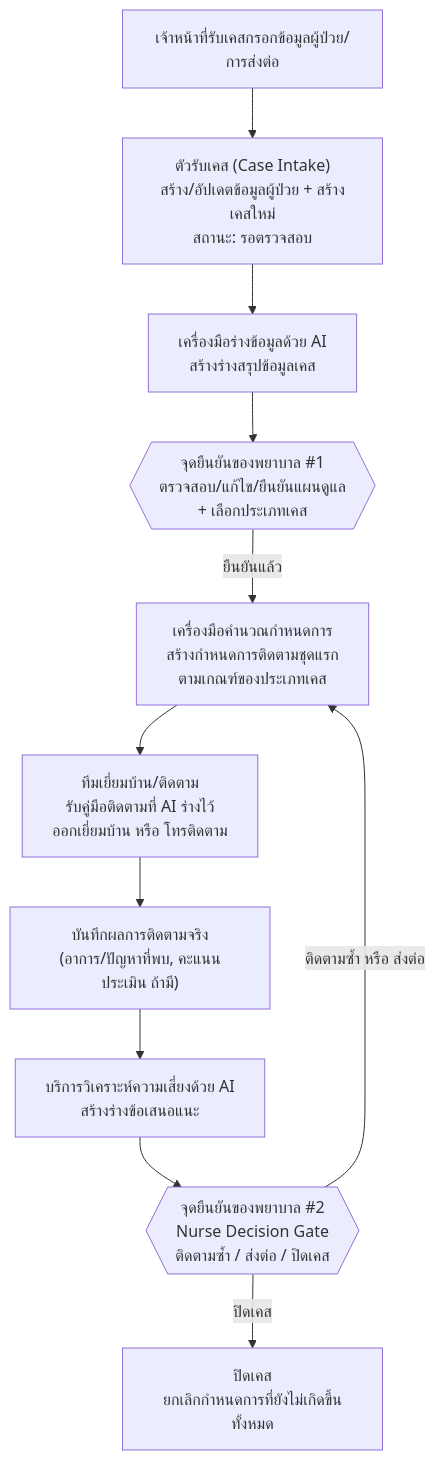
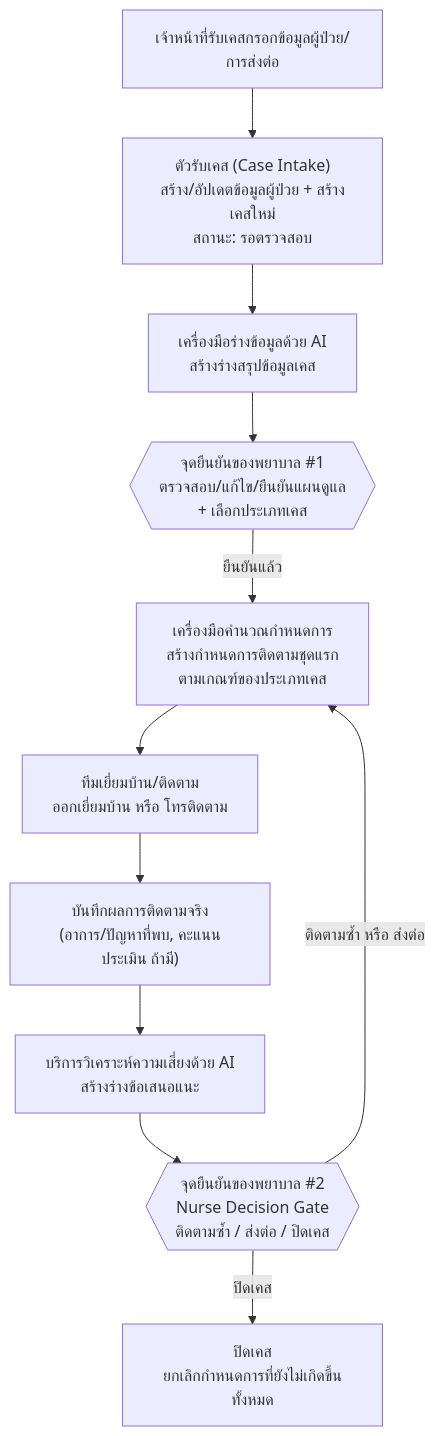
One commit to nutapaos-adt/TripleC changed the second of 3 diagrams in docs/architecture/ARCHITECTURE.md. Above: the diagram before and after it, drawn with Mermaid. The commit also changed other lines of this file and 6 other files, not shown here.

````diff
--- a/docs/architecture/ARCHITECTURE.md
+++ b/docs/architecture/ARCHITECTURE.md
@@ -155,13 +154,13 @@
 ```mermaid
 flowchart TD
     A["เจ้าหน้าที่รับเคสกรอกข้อมูลผู้ป่วย/การส่งต่อ"] --> B["ตัวรับเคส (Case Intake)<br/>สร้าง/อัปเดตข้อมูลผู้ป่วย + สร้างเคสใหม่<br/>สถานะ: รอตรวจสอบ"]
     B --> C["เครื่องมือร่างข้อมูลด้วย AI<br/>สร้างร่างสรุปข้อมูลเคส"]
     C --> D{{"จุดยืนยันของพยาบาล #1<br/>ตรวจสอบ/แก้ไข/ยืนยันแผนดูแล<br/>+ เลือกประเภทเคส"}}
     D -- ยืนยันแล้ว --> E["เครื่องมือคำนวณกำหนดการ<br/>สร้างกำหนดการติดตามชุดแรก<br/>ตามเกณฑ์ของประเภทเคส"]
-    E --> F["ทีมเยี่ยมบ้าน/ติดตาม<br/>รับคู่มือติดตามที่ AI ร่างไว้<br/>ออกเยี่ยมบ้าน หรือ โทรติดตาม"]
+    E --> F["ทีมเยี่ยมบ้าน/ติดตาม<br/>ออกเยี่ยมบ้าน หรือ โทรติดตาม"]
     F --> G["บันทึกผลการติดตามจริง<br/>(อาการ/ปัญหาที่พบ, คะแนนประเมิน ถ้ามี)"]
     G --> H["บริการวิเคราะห์ความเสี่ยงด้วย AI<br/>สร้างร่างข้อเสนอแนะ"]
     H --> I{{"จุดยืนยันของพยาบาล #2<br/>Nurse Decision Gate<br/>ติดตามซ้ำ / ส่งต่อ / ปิดเคส"}}
     I -- ติดตามซ้ำ หรือ ส่งต่อ --> E
     I -- ปิดเคส --> J["ปิดเคส<br/>ยกเลิกกำหนดการที่ยังไม่เกิดขึ้นทั้งหมด"]
 ```
````
